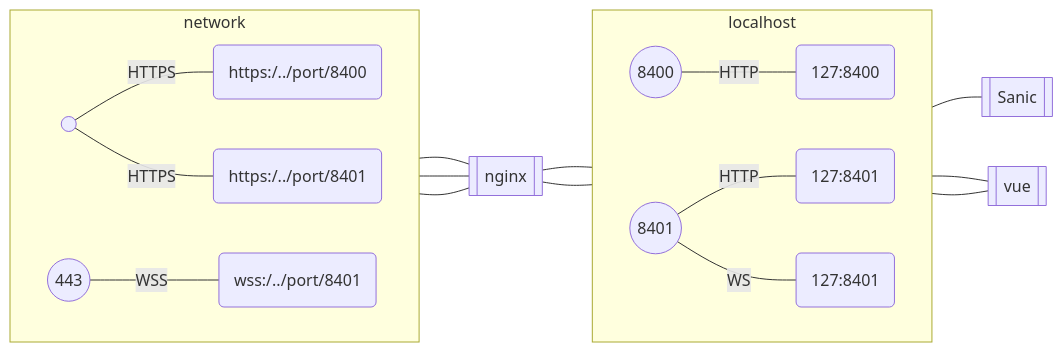
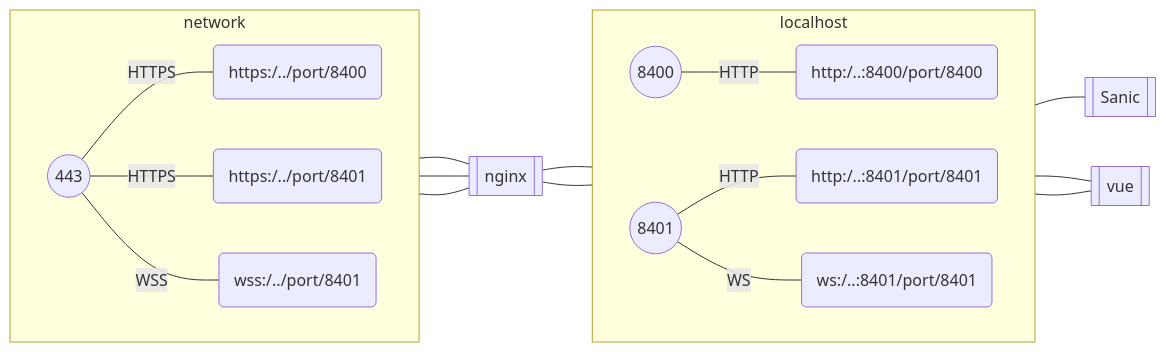
One commit to smucclaw/gsheet changed the second of 4 diagrams in natural4-server/natural4_server/nginx-proxy.md. Above: the diagram before and after it, drawn with Mermaid.

Commit message:
More info

````diff
--- a/natural4-server/natural4_server/nginx-proxy.md
+++ b/natural4-server/natural4_server/nginx-proxy.md
@@ -34,26 +34,26 @@
 ```mermaid
 flowchart LR
     subgraph network
         direction LR
         network_tls((  ))-- HTTPS ---network_https_8400(https:/../port/8400)
         network_tls((  ))-- HTTPS ---network_https_8401(https:/../port/8401)
-        network_tls_(( 443 ))-- WSS ---network_wss_8401(wss:/../port/8401)
+        network_tls(( 443 ))-- WSS ---network_wss_8401(wss:/../port/8401)
     end
     nginx[[nginx]]
     network_https_8400 --- nginx
     network_https_8401 --- nginx
     network_wss_8401 --- nginx
 
     subgraph localhost
         direction LR
-        loop_8400_port(( 8400 ))-- HTTP ---loop_http_8400(127:8400)
-        loop_8401_port(( 8401 ))-- HTTP ---loop_http_8401(127:8401)
-        loop_8401_port(( 8401 ))-- WS ---loop_ws_8401(127:8401)
+        loop_8400_port(( 8400 ))-- HTTP ---loop_http_8400(http:/..:8400/port/8400)
+        loop_8401_port(( 8401 ))-- HTTP ---loop_http_8401(http:/..:8401/port/8401)
+        loop_8401_port(( 8401 ))-- WS ---loop_ws_8401(ws:/..:8401/port/8401)
     end
     loop_http_8400---sanic[[ Sanic ]]
     loop_http_8401---vue[[ vue ]]
     loop_ws_8401---vue
     nginx---loop_8400_port
     nginx---loop_8401_port
  
 ```
````
